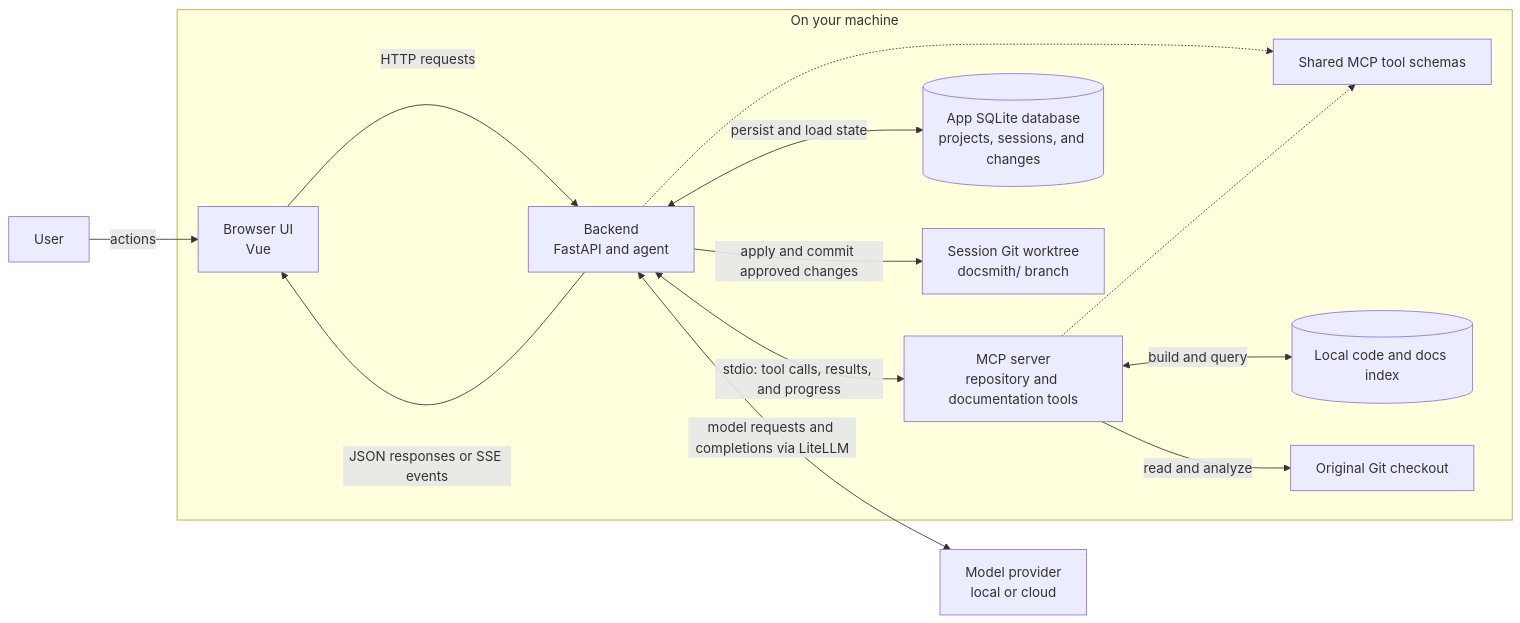
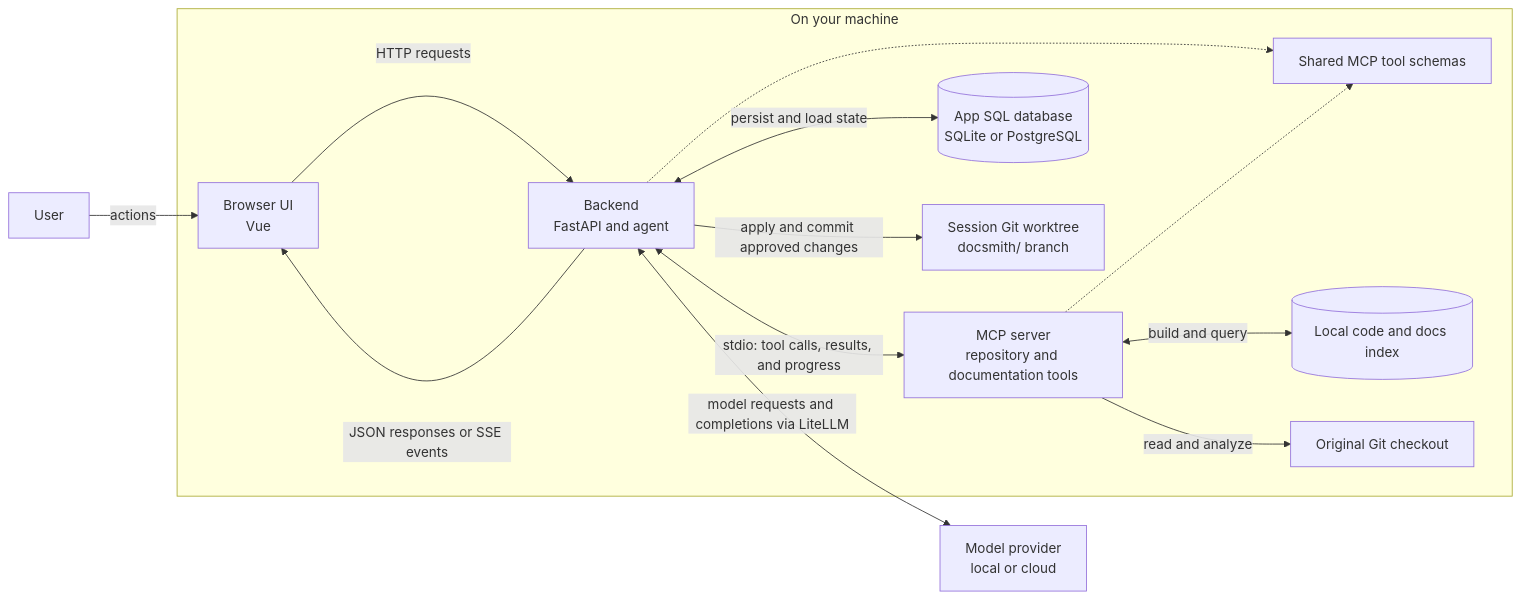
One commit to yunusovbekir/docter-llm changed the diagram in README.md. Above: the diagram before and after it, drawn with Mermaid. The commit also changed other lines of this file and 15 other files, not shown here.

Commit message:
make app sql configurable

````diff
--- a/README.md
+++ b/README.md
@@ -71,28 +71,28 @@
 ```mermaid
 flowchart LR
     User["User"]
     Provider["Model provider<br/>local or cloud"]
 
     subgraph Local["On your machine"]
         UI["Browser UI<br/>Vue"]
         API["Backend<br/>FastAPI and agent"]
         MCP["MCP server<br/>repository and documentation tools"]
         Contract["Shared MCP tool schemas"]
-        AppDB[("App SQLite database<br/>projects, sessions, and changes")]
+        AppDB[("App SQL database<br/>SQLite or PostgreSQL")]
         Index[("Local code and docs index")]
         Repo["Original Git checkout"]
         Worktree["Session Git worktree<br/>docsmith/ branch"]
     end
 
     User -->|actions| UI
     UI -->|HTTP requests| API
     API -->|JSON responses or SSE events| UI
     API <-->|stdio: tool calls, results, and progress| MCP
     API <-->|model requests and completions via LiteLLM| Provider
     API -.-> Contract
     MCP -.-> Contract
     API <-->|persist and load state| AppDB
     MCP -->|read and analyze| Repo
     MCP <-->|build and query| Index
     API -->|apply and commit approved changes| Worktree
 ```
````
